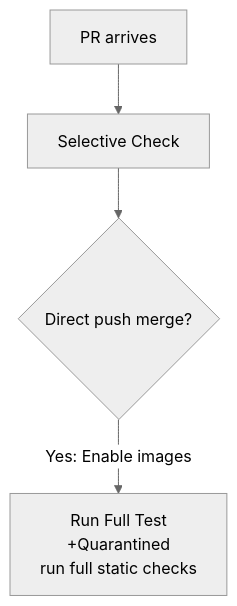
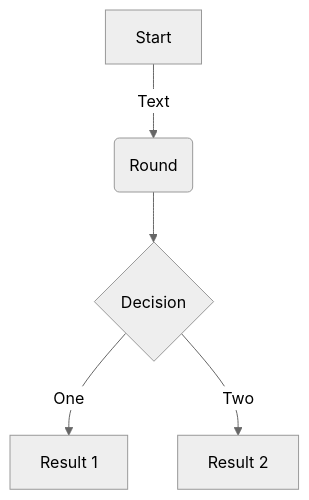
Before and after one commit to edithturn/elementary-readme: the first of 2 diagrams in README.md, drawn with Mermaid (neutral theme). The commit also changed other lines of this file, not shown here.

Commit message:
mermaid fix

````diff
--- a/README.md
+++ b/README.md
@@ -159,6 +153,7 @@
 ```mermaid
 flowchart TD
-A[PR arrives]-->B[Selective Check]
-B-->C{Direct push merge?}
-C-->|Yes: Enable images| D[Run Full Test<br />+Quarantined<br />run full static checks]
+A[Start]-->|Text| B(Round)
+B-->C{Decision}
+C-->|One| D[Result 1]
+C-->|Two| E[Result 2]
 ```
````
